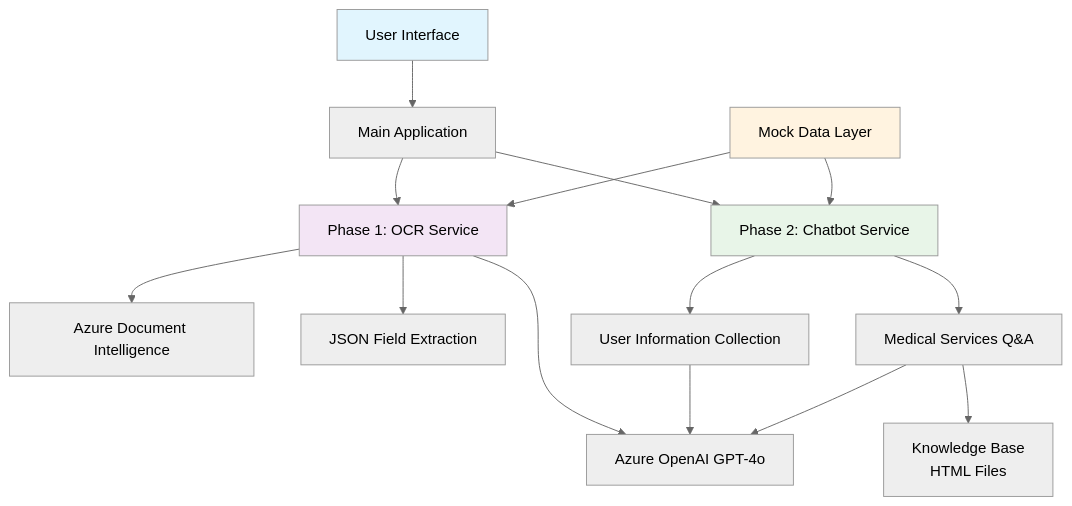
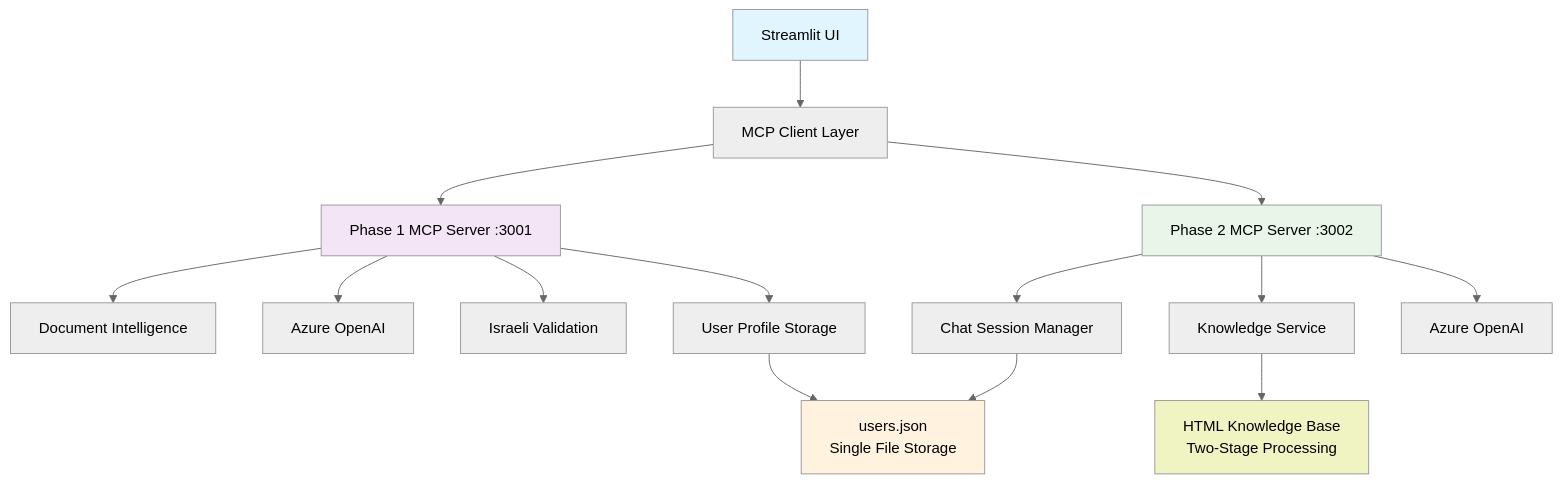
One commit to LaviBenshimol/genai-ocr-chatbot changed the first of 2 diagrams in submission_readme.md. Above: the diagram before and after it, drawn with Mermaid (neutral theme). The commit also changed other lines of this file and 20 other files, not shown here.

Commit message:
added base ocr with document intelligent by microsoft. additional fallback using markitdown. before testing.

````diff
--- a/submission_readme.md
+++ b/submission_readme.md
@@ -12,24 +12,25 @@
 ```mermaid
 graph TB
-    A[User Interface] --> B[Main Application]
-    B --> C[Phase 1: OCR Service]
-    B --> D[Phase 2: Chatbot Service]
+    A[Streamlit UI] --> B[MCP Client Layer]
+    B --> C[Phase 1 MCP Server :3001]
+    B --> D[Phase 2 MCP Server :3002]
     
-    C --> E[Azure Document Intelligence]
-    C --> F[Azure OpenAI GPT-4o]
-    C --> G[JSON Field Extraction]
+    C --> E[Document Intelligence]
+    C --> F[Azure OpenAI]
+    C --> G[Israeli Validation]
+    C --> H[User Profile Storage]
     
-    D --> H[User Information Collection]
-    D --> I[Medical Services Q&A]
-    H --> F
-    I --> F
-    I --> J[Knowledge Base<br/>HTML Files]
+    D --> I[Chat Session Manager]
+    D --> J[Knowledge Service]
+    D --> K[Azure OpenAI]
     
-    K[Mock Data Layer] --> C
-    K --> D
+    H --> L[users.json<br/>Single File Storage]
+    I --> L
+    J --> M[HTML Knowledge Base<br/>Two-Stage Processing]
     
     style A fill:#e1f5fe
     style C fill:#f3e5f5
     style D fill:#e8f5e8
-    style K fill:#fff3e0
+    style L fill:#fff3e0
+    style M fill:#f0f4c3
 ```
````
